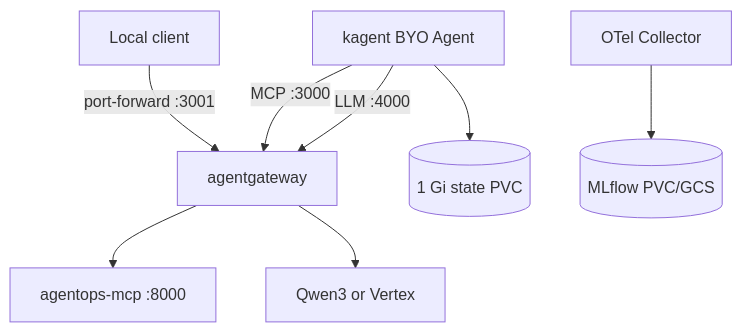
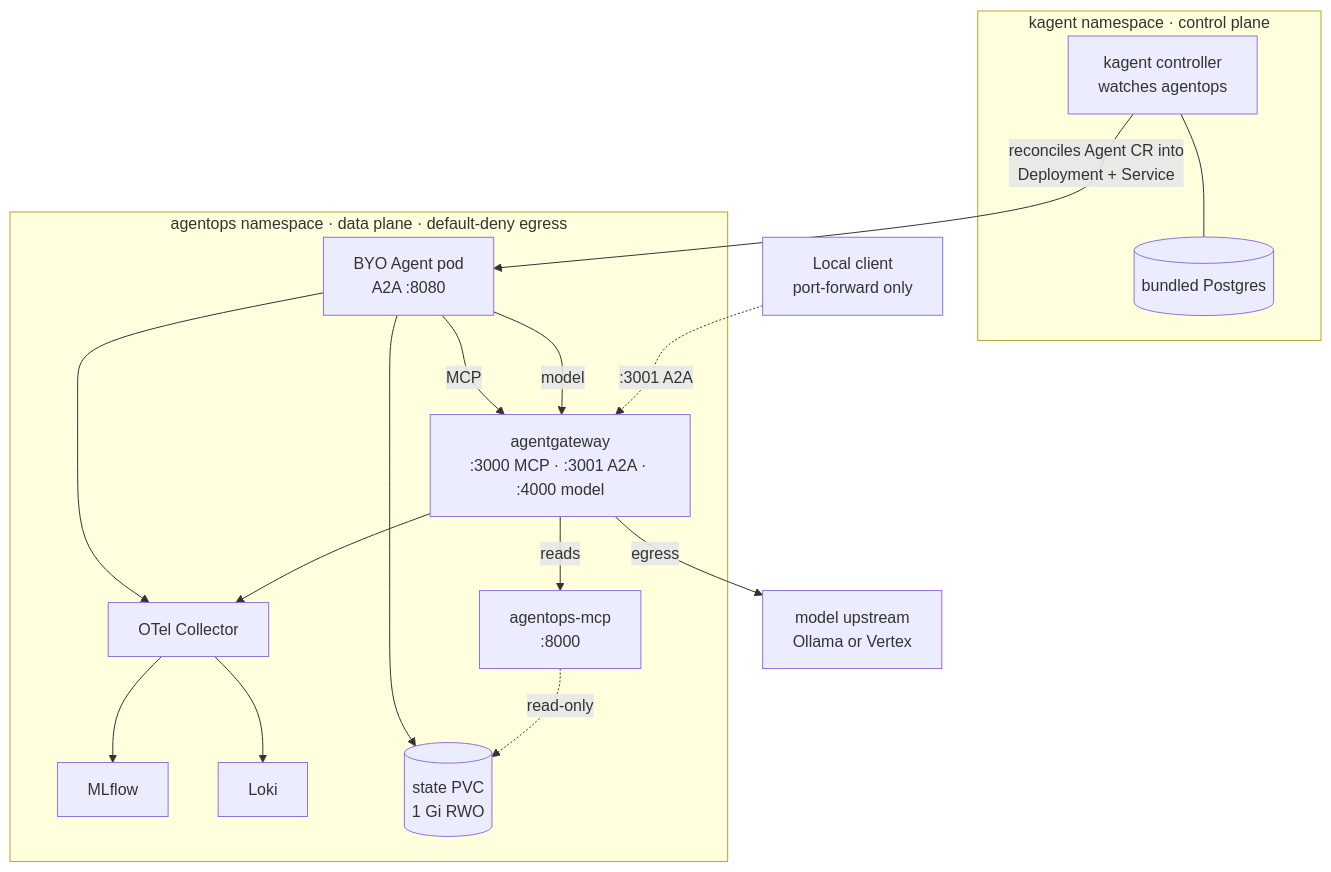
One commit to MLOps-Courses/agentops-open-course changed the second of 2 diagrams in docs/6. Platform/6.0. Platform.md. Above: the diagram before and after it, drawn with Mermaid. The commit also changed other lines of this file and 139 other files, not shown here.

````diff
--- a/docs/6. Platform/6.0. Platform.md
+++ b/docs/6. Platform/6.0. Platform.md
@@ -11,10 +75,30 @@
 ```mermaid
 flowchart TD
-    Client[Local client] -->|port-forward :3001| Gateway[agentgateway]
-    Agent[kagent BYO Agent] -->|MCP :3000| Gateway
-    Agent -->|LLM :4000| Gateway
-    Gateway --> MCP[agentops-mcp :8000]
-    Gateway --> Model[Qwen3 or Vertex]
-    Agent --> State[(1 Gi state PVC)]
-    OTel[OTel Collector] --> MLflow[(MLflow PVC/GCS)]
+    Client["Local client<br/>port-forward only"]
+    subgraph kagentns["kagent namespace · control plane"]
+        Ctrl["kagent controller<br/>watches agentops"]
+        PG[("bundled Postgres")]
+        Ctrl --- PG
+    end
+    subgraph agentops["agentops namespace · data plane · default-deny egress"]
+        Agent["BYO Agent pod<br/>A2A :8080"]
+        GW["agentgateway<br/>:3000 MCP · :3001 A2A · :4000 model"]
+        MCP["agentops-mcp<br/>:8000"]
+        OTel["OTel Collector"]
+        MLflow["MLflow"]
+        Loki["Loki"]
+        State[("state PVC<br/>1 Gi RWO")]
+        Agent -->|MCP| GW
+        Agent -->|model| GW
+        GW -->|reads| MCP
+        Agent --> State
+        MCP -.read-only.-> State
+        Agent --> OTel
+        GW --> OTel
+        OTel --> MLflow
+        OTel --> Loki
+    end
+    Ctrl -->|reconciles Agent CR into<br/>Deployment + Service| Agent
+    GW -->|egress| Model["model upstream<br/>Ollama or Vertex"]
+    Client -.->|:3001 A2A| GW
 ```
````
